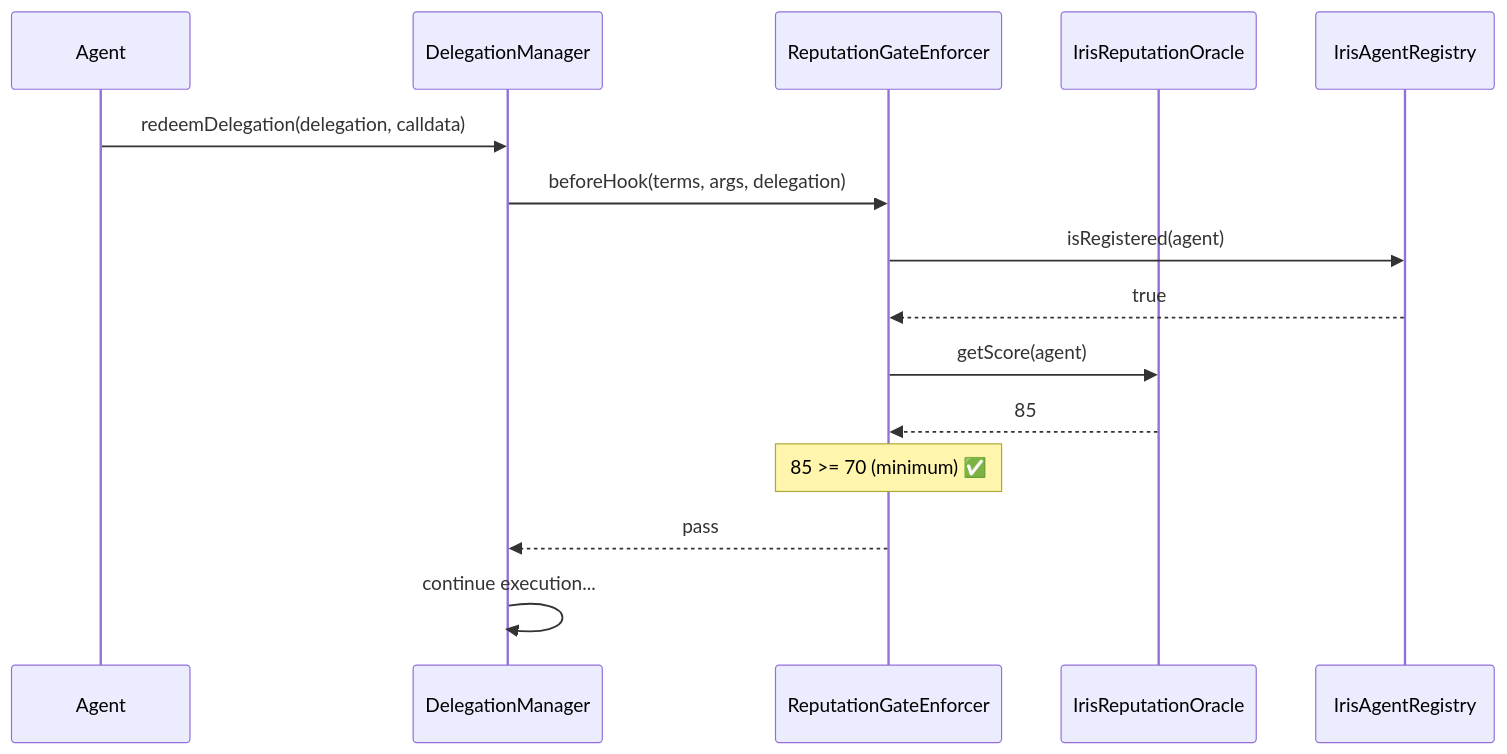
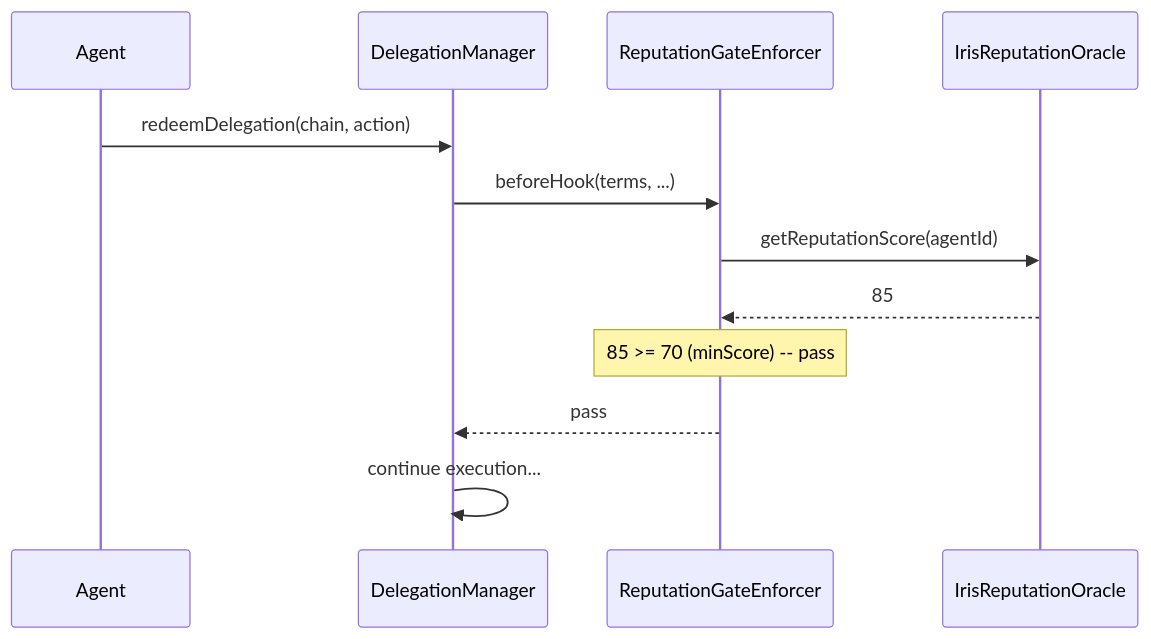
One commit to ElliotFriedman/iris-protocol changed the first of 2 diagrams in docs/docs/contracts/reputation-gate.md. Above: the diagram before and after it, drawn with Mermaid. The commit also changed other lines of this file and 12 other files, not shown here.

````diff
--- a/docs/docs/contracts/reputation-gate.md
+++ b/docs/docs/contracts/reputation-gate.md
@@ -24,18 +26,15 @@
 ```mermaid
 sequenceDiagram
     participant Agent
     participant DelegationManager
     participant ReputationGateEnforcer
     participant IrisReputationOracle
-    participant IrisAgentRegistry
 
-    Agent->>DelegationManager: redeemDelegation(delegation, calldata)
-    DelegationManager->>ReputationGateEnforcer: beforeHook(terms, args, delegation)
-    ReputationGateEnforcer->>IrisAgentRegistry: isRegistered(agent)
-    IrisAgentRegistry-->>ReputationGateEnforcer: true
-    ReputationGateEnforcer->>IrisReputationOracle: getScore(agent)
+    Agent->>DelegationManager: redeemDelegation(chain, action)
+    DelegationManager->>ReputationGateEnforcer: beforeHook(terms, ...)
+    ReputationGateEnforcer->>IrisReputationOracle: getReputationScore(agentId)
     IrisReputationOracle-->>ReputationGateEnforcer: 85
-    Note over ReputationGateEnforcer: 85 >= 70 (minimum) ✅
+    Note over ReputationGateEnforcer: 85 >= 70 (minScore) -- pass
     ReputationGateEnforcer-->>DelegationManager: pass
     DelegationManager->>DelegationManager: continue execution...
 ```
````
